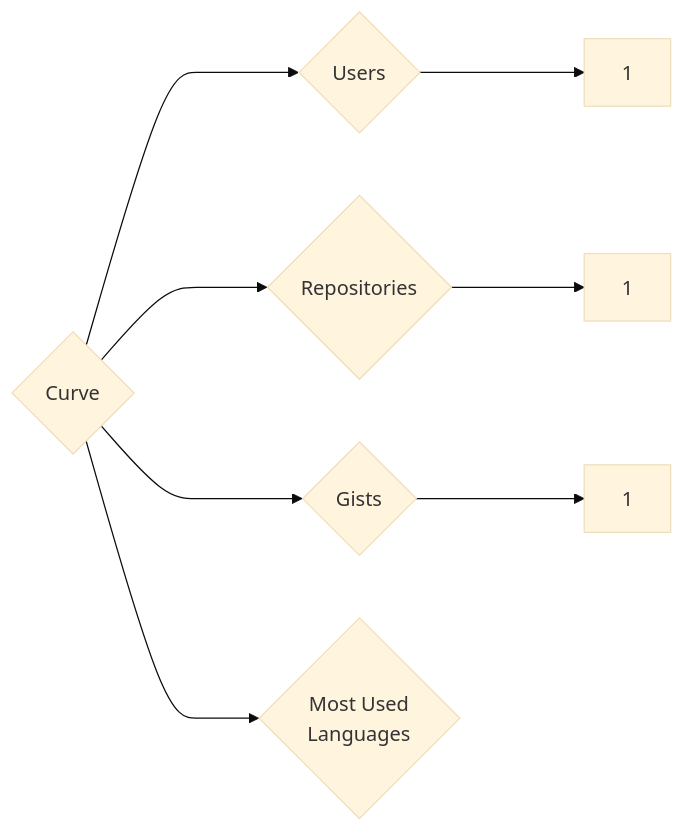
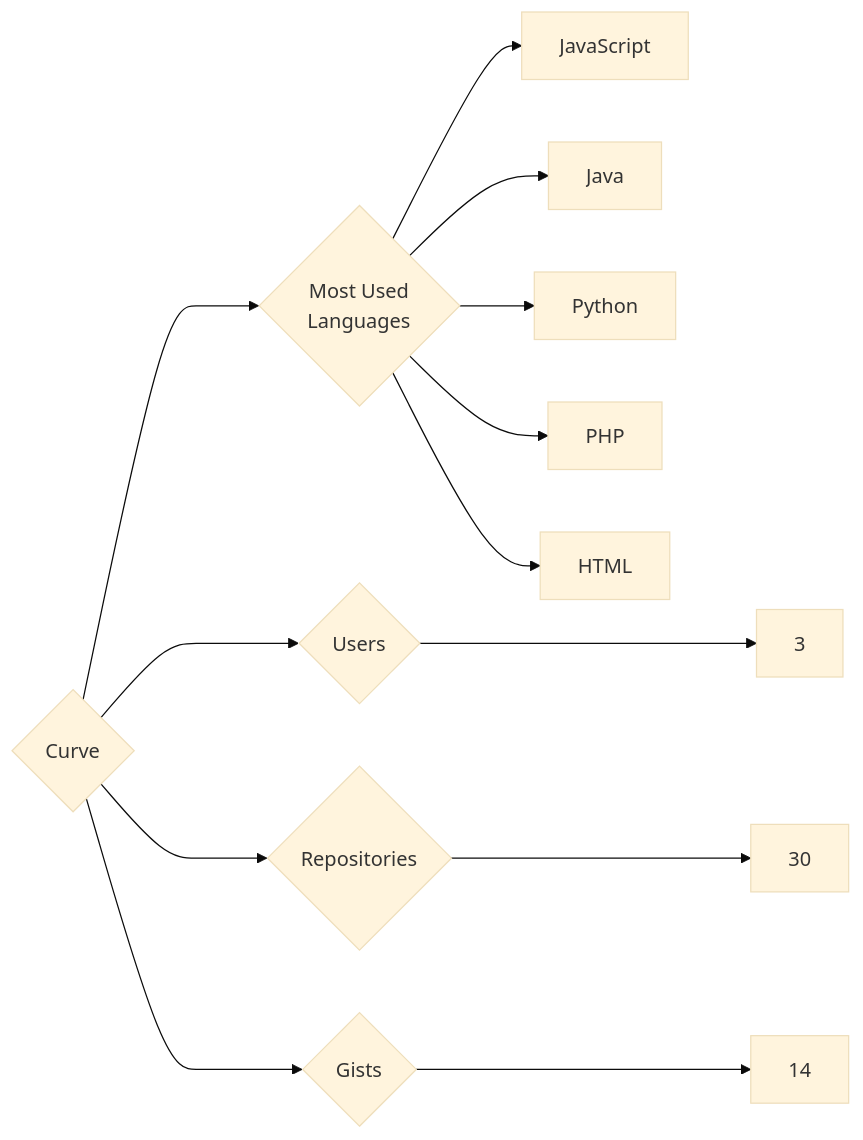
Before and after one commit to trickest/insiders: the diagram in targets/Curve/README.md, drawn with Mermaid (base theme). The commit also changed 699 other files, not shown here.

````diff
--- a/targets/Curve/README.md
+++ b/targets/Curve/README.md
@@ -3,8 +3,13 @@
 ```mermaid
 graph LR
 COMPANY_NAME{Curve}
-COMPANY_NAME ---> U{Users} ---> UN[1]
-COMPANY_NAME ---> R{Repositories} ---> RN[1]
-COMPANY_NAME ---> G{Gists} ---> GN[1]
+COMPANY_NAME ---> U{Users} ---> UN[3]
+COMPANY_NAME ---> R{Repositories} ---> RN[30]
+COMPANY_NAME ---> G{Gists} ---> GN[14]
 COMPANY_NAME ---> ML{Most Used<br>Languages}
+ML --> JavaScript[JavaScript]
+ML --> Java[Java]
+ML --> Python[Python]
+ML --> PHP[PHP]
+ML --> HTML[HTML]
 ```
````
